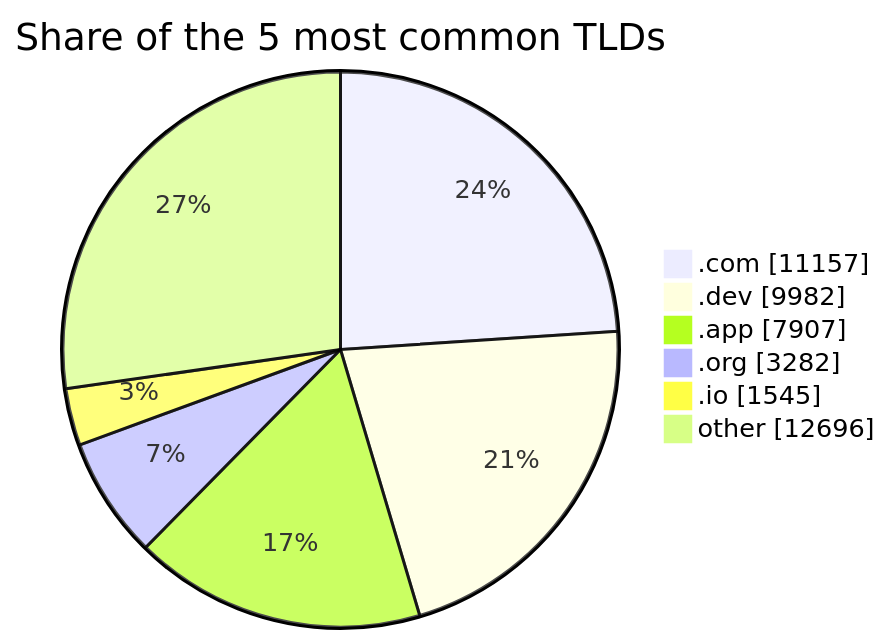
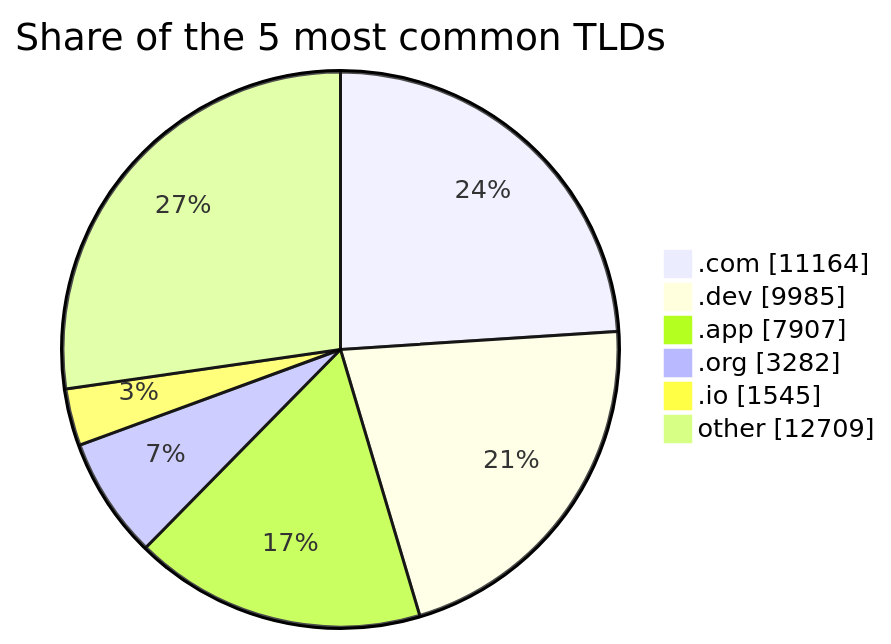
One commit to DNSBunker/CTI changed the third of 3 diagrams in README.md. Above: the diagram before and after it, drawn with Mermaid. The commit also changed other lines of this file and 3 other files, not shown here.

````diff
--- a/README.md
+++ b/README.md
@@ -81,9 +81,9 @@
 ```mermaid
 pie showData title Share of the 5 most common TLDs
-    ".com" : 11157
-    ".dev" : 9982
+    ".com" : 11164
+    ".dev" : 9985
     ".app" : 7907
     ".org" : 3282
     ".io" : 1545
-    "other" : 12696
+    "other" : 12709
 ```
````
